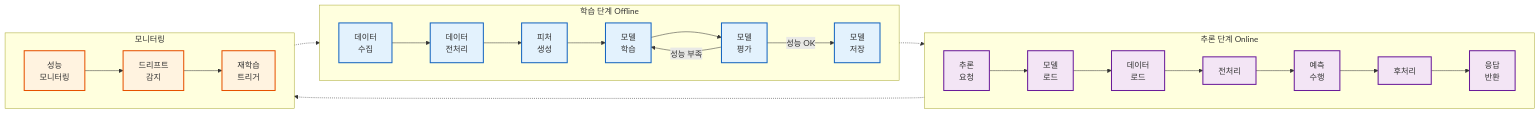
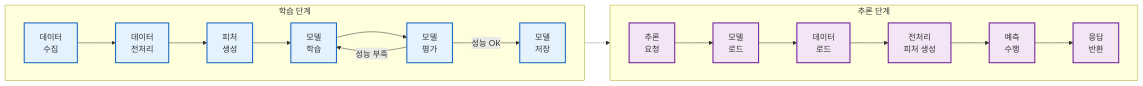
The seventh of 8 diagrams in docs/Architecture_Diagrams.md (eunjeong0911/Property-recommend), drawn with Mermaid before and after one commit. The commit also changed other lines of this file and 4 other files, not shown here.

````diff
--- a/docs/Architecture_Diagrams.md
+++ b/docs/Architecture_Diagrams.md
@@ -327,40 +243,29 @@
 ```mermaid
 flowchart LR
-    subgraph TRAINING["학습 단계 Offline"]
+    subgraph TRAINING["학습 단계"]
         direction LR
         DATA_COLLECT[데이터<br/>수집] --> DATA_PREP[데이터<br/>전처리]
         DATA_PREP --> FEATURE_ENG[피처<br/>생성]
         FEATURE_ENG --> MODEL_TRAIN[모델<br/>학습]
         MODEL_TRAIN --> MODEL_EVAL[모델<br/>평가]
         MODEL_EVAL -->|성능 OK| MODEL_SAVE[모델<br/>저장]
         MODEL_EVAL -->|성능 부족| MODEL_TRAIN
     end
     
-    subgraph INFERENCE["추론 단계 Online"]
+    subgraph INFERENCE["추론 단계"]
         direction LR
         REQUEST[추론<br/>요청] --> LOAD_MODEL[모델<br/>로드]
         LOAD_MODEL --> LOAD_DATA[데이터<br/>로드]
-        LOAD_DATA --> PREPROCESS[전처리]
+        LOAD_DATA --> PREPROCESS[전처리<br/>피처 생성]
         PREPROCESS --> PREDICT[예측<br/>수행]
-        PREDICT --> POSTPROCESS[후처리]
-        POSTPROCESS --> RESPONSE[응답<br/>반환]
-    end
-    
-    subgraph MONITORING["모니터링"]
-        direction LR
-        PERFORMANCE[성능<br/>모니터링] --> DRIFT[드리프트<br/>감지]
-        DRIFT --> RETRAIN[재학습<br/>트리거]
+        PREDICT --> RESPONSE[응답<br/>반환]
     end
     
     MODEL_SAVE -.-> LOAD_MODEL
-    RESPONSE -.-> PERFORMANCE
-    RETRAIN -.-> DATA_COLLECT
     
     classDef training fill:#e3f2fd,stroke:#1565c0,stroke-width:2px
     classDef inference fill:#f3e5f5,stroke:#6a1b9a,stroke-width:2px
-    classDef monitoring fill:#fff3e0,stroke:#e65100,stroke-width:2px
     
     class DATA_COLLECT,DATA_PREP,FEATURE_ENG,MODEL_TRAIN,MODEL_EVAL,MODEL_SAVE training
-    class REQUEST,LOAD_MODEL,LOAD_DATA,PREPROCESS,PREDICT,POSTPROCESS,RESPONSE inference
-    class PERFORMANCE,DRIFT,RETRAIN monitoring
+    class REQUEST,LOAD_MODEL,LOAD_DATA,PREPROCESS,PREDICT,RESPONSE inference
 ```
````
